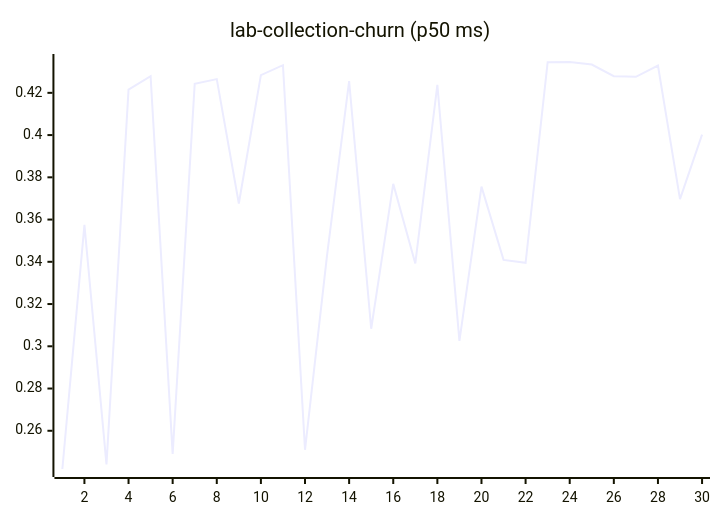
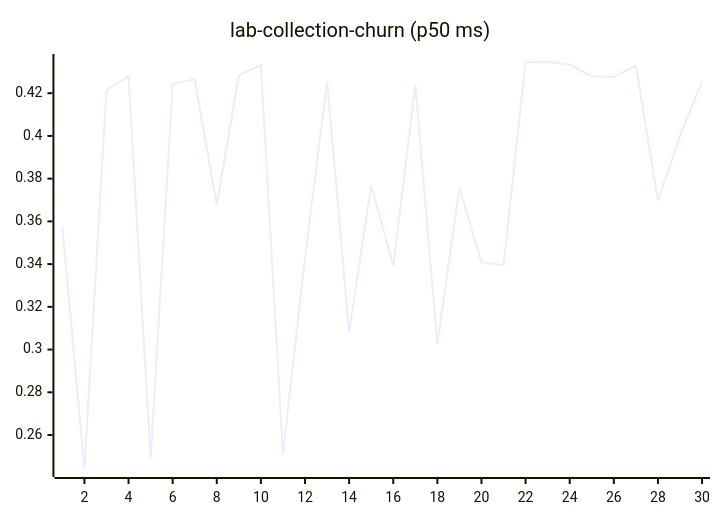
One commit to josha/Facet changed diagram 11 of 27 in README.md. Above: the diagram before and after it, drawn with Mermaid. The commit also changed other lines of this file and 2 other files, not shown here.

````diff
--- a/README.md
+++ b/README.md
@@ -133,6 +133,6 @@
 ```mermaid
 xychart-beta
     title "lab-collection-churn (p50 ms)"
     x-axis 1 --> 30
-    line [0.2419, 0.3575, 0.2441, 0.4215, 0.4279, 0.2490, 0.4243, 0.4265, 0.3676, 0.4284, 0.4331, 0.2510, 0.3432, 0.4256, 0.3083, 0.3769, 0.3392, 0.4238, 0.3026, 0.3756, 0.3409, 0.3395, 0.4345, 0.4346, 0.4334, 0.4279, 0.4276, 0.4329, 0.3697, 0.4002]
+    line [0.3575, 0.2441, 0.4215, 0.4279, 0.2490, 0.4243, 0.4265, 0.3676, 0.4284, 0.4331, 0.2510, 0.3432, 0.4256, 0.3083, 0.3769, 0.3392, 0.4238, 0.3026, 0.3756, 0.3409, 0.3395, 0.4345, 0.4346, 0.4334, 0.4279, 0.4276, 0.4329, 0.3697, 0.4002, 0.4255]
 ```
````
